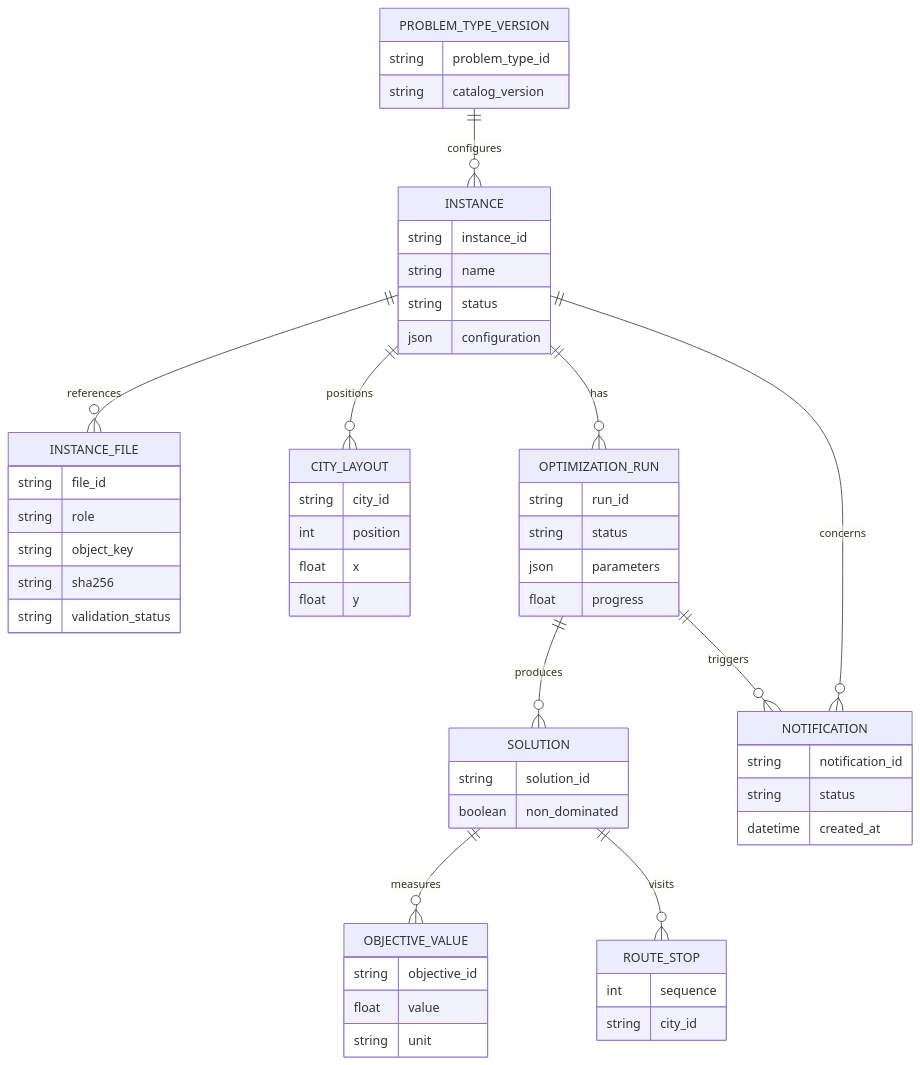
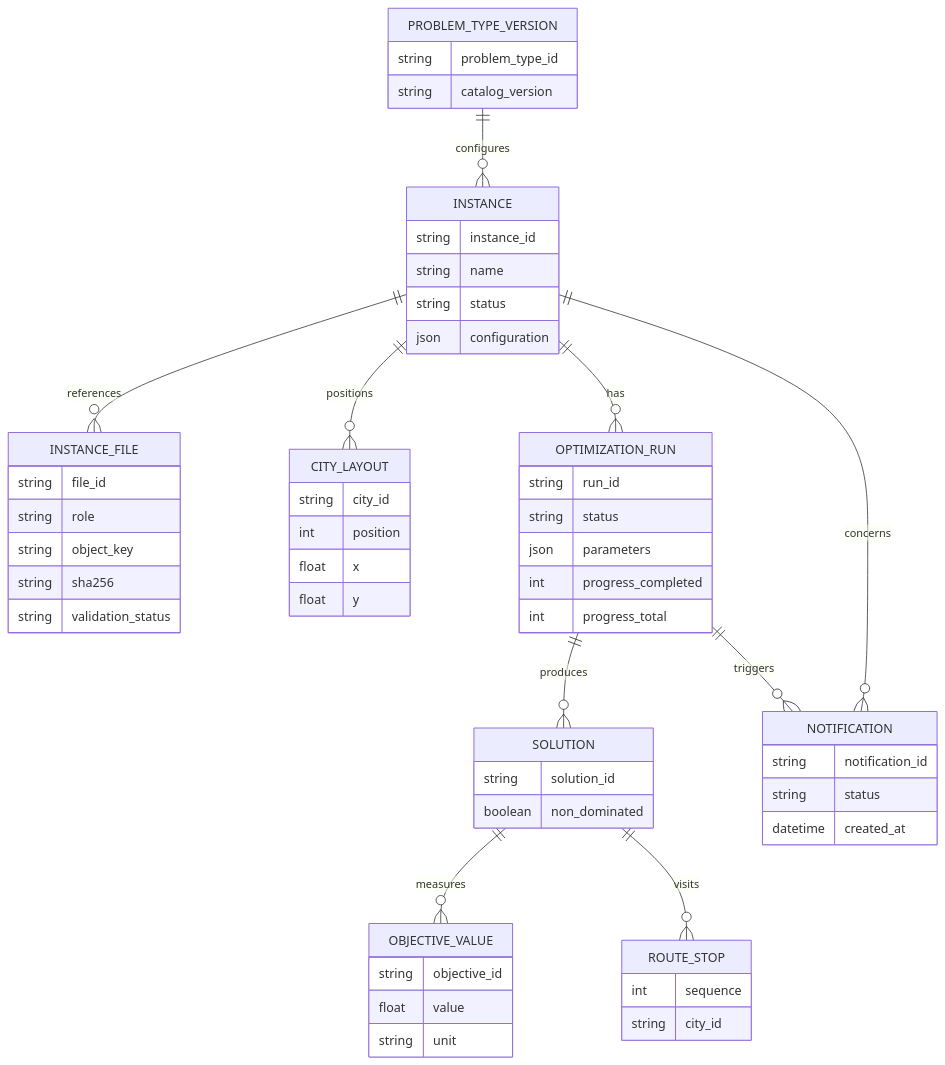
Before and after one commit to MatheusCascalho/OtimizacaoMultiObjetivo: the third of 3 diagrams in docs/features/workflow_instance/README.md, drawn with Mermaid. The commit also changed other lines of this file and 10 other files, not shown here.

````diff
--- a/docs/features/workflow_instance/README.md
+++ b/docs/features/workflow_instance/README.md
@@ -307,60 +458,61 @@
 ```mermaid
 erDiagram
     PROBLEM_TYPE_VERSION ||--o{ INSTANCE : configures
     INSTANCE ||--o{ INSTANCE_FILE : references
     INSTANCE ||--o{ CITY_LAYOUT : positions
     INSTANCE ||--o{ OPTIMIZATION_RUN : has
     OPTIMIZATION_RUN ||--o{ SOLUTION : produces
     SOLUTION ||--o{ OBJECTIVE_VALUE : measures
     SOLUTION ||--o{ ROUTE_STOP : visits
     OPTIMIZATION_RUN ||--o{ NOTIFICATION : triggers
     INSTANCE ||--o{ NOTIFICATION : concerns
 
     PROBLEM_TYPE_VERSION {
         string problem_type_id
         string catalog_version
     }
     INSTANCE {
         string instance_id
         string name
         string status
         json configuration
     }
     INSTANCE_FILE {
         string file_id
         string role
         string object_key
         string sha256
         string validation_status
     }
     CITY_LAYOUT {
         string city_id
         int position
         float x
         float y
     }
     OPTIMIZATION_RUN {
         string run_id
         string status
         json parameters
-        float progress
+        int progress_completed
+        int progress_total
     }
     SOLUTION {
         string solution_id
         boolean non_dominated
     }
     OBJECTIVE_VALUE {
         string objective_id
         float value
         string unit
     }
     ROUTE_STOP {
         int sequence
         string city_id
     }
     NOTIFICATION {
         string notification_id
         string status
         datetime created_at
     }
 ```
````
